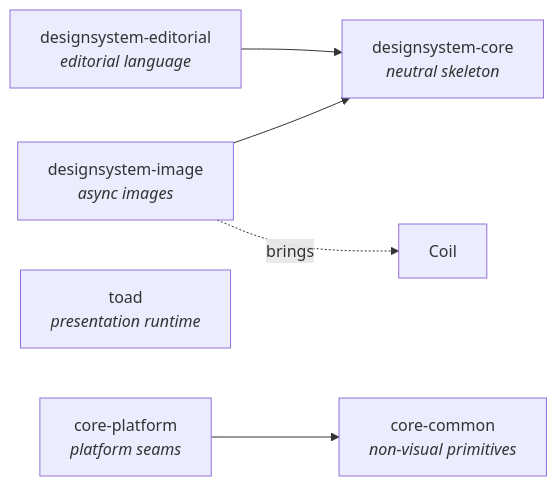
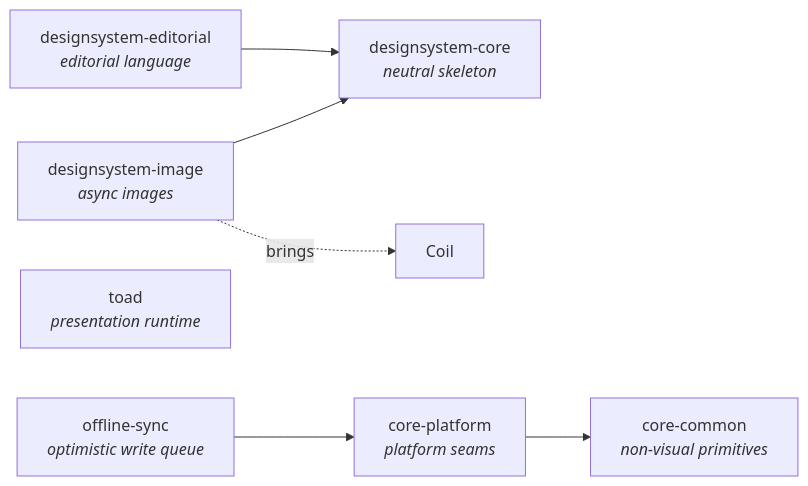
One commit to CinqueIzumi/Rhaydus-Foundation changed the diagram in README.md. Above: the diagram before and after it, drawn with Mermaid. The commit also changed other lines of this file and 1 other file, not shown here.

````diff
--- a/README.md
+++ b/README.md
@@ -53,8 +54,9 @@
 ```mermaid
 graph LR
   editorial["designsystem-editorial<br/><i>editorial language</i>"] --> core["designsystem-core<br/><i>neutral skeleton</i>"]
   image["designsystem-image<br/><i>async images</i>"] --> core
   image -. brings .-> coil["Coil"]
   toad["toad<br/><i>presentation runtime</i>"]
-  platform["core-platform<br/><i>platform seams</i>"] --> common["core-common<br/><i>non-visual primitives</i>"]
+  offline["offline-sync<br/><i>optimistic write queue</i>"] --> platform["core-platform<br/><i>platform seams</i>"]
+  platform --> common["core-common<br/><i>non-visual primitives</i>"]
 ```
````
